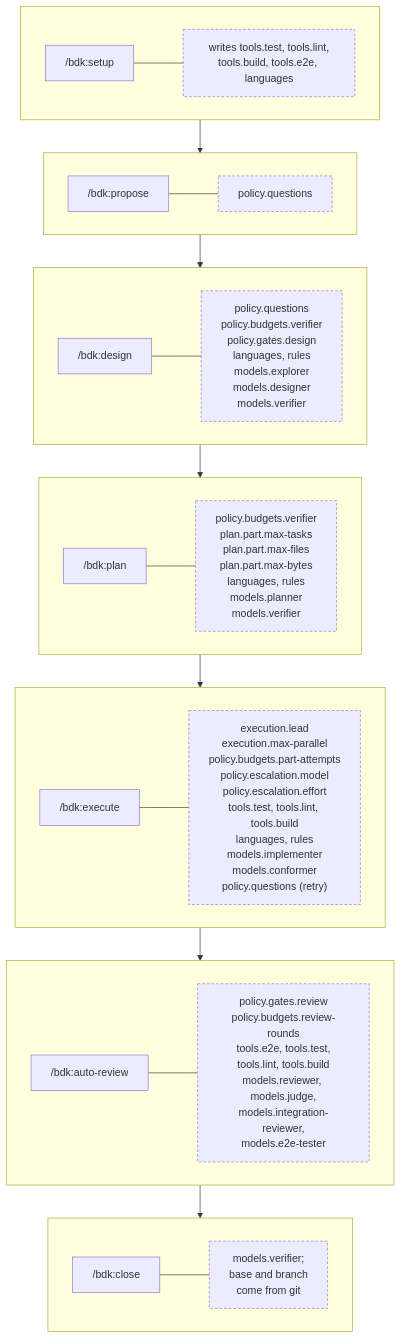
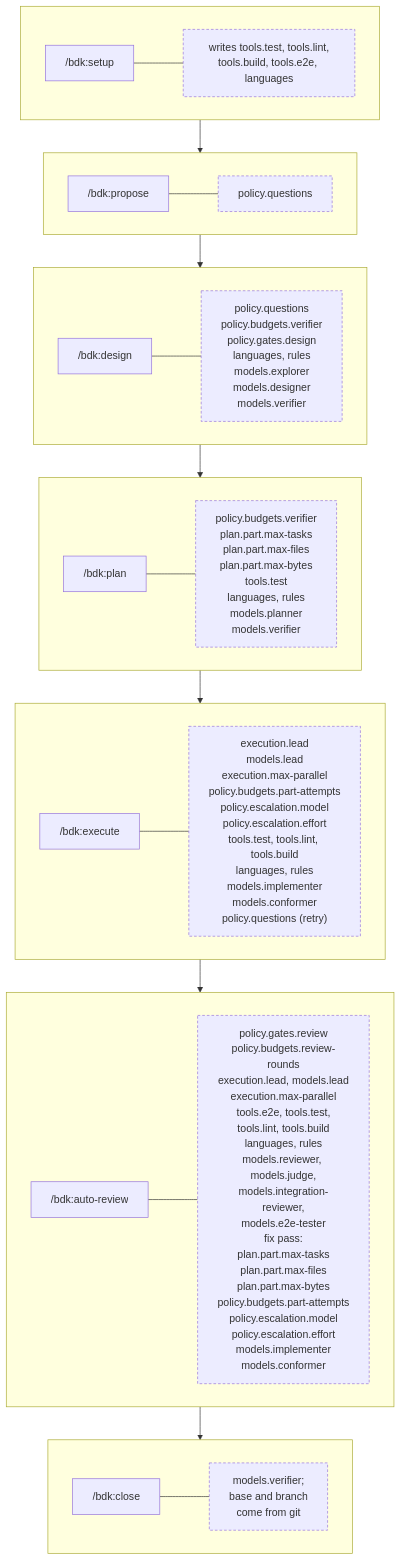
One commit to broneq/bdk changed the fourth of 6 diagrams in docs/concepts/cli-config-hooks.md. Above: the diagram before and after it, drawn with Mermaid. The commit also changed other lines of this file and 14 other files, not shown here.

First line of the commit message:
docs(concepts): bring the diagrams up to date with the skills

````diff
--- a/docs/concepts/cli-config-hooks.md
+++ b/docs/concepts/cli-config-hooks.md
@@ -90,39 +91,39 @@
 ```mermaid
 flowchart TB
   subgraph R0[" "]
     direction LR
     S0["/bdk:setup"] --- C0["writes tools.test, tools.lint,<br/>tools.build, tools.e2e, languages"]
   end
   subgraph R1[" "]
     direction LR
     S1["/bdk:propose"] --- C1["policy.questions"]
   end
   subgraph R2[" "]
     direction LR
     S2["/bdk:design"] --- C2["policy.questions<br/>policy.budgets.verifier<br/>policy.gates.design<br/>languages, rules<br/>models.explorer<br/>models.designer<br/>models.verifier"]
   end
   subgraph R3[" "]
     direction LR
-    S3["/bdk:plan"] --- C3["policy.budgets.verifier<br/>plan.part.max-tasks<br/>plan.part.max-files<br/>plan.part.max-bytes<br/>languages, rules<br/>models.planner<br/>models.verifier"]
+    S3["/bdk:plan"] --- C3["policy.budgets.verifier<br/>plan.part.max-tasks<br/>plan.part.max-files<br/>plan.part.max-bytes<br/>tools.test<br/>languages, rules<br/>models.planner<br/>models.verifier"]
   end
   subgraph R4[" "]
     direction LR
-    S4["/bdk:execute"] --- C4["execution.lead<br/>execution.max-parallel<br/>policy.budgets.part-attempts<br/>policy.escalation.model<br/>policy.escalation.effort<br/>tools.test, tools.lint, tools.build<br/>languages, rules<br/>models.implementer<br/>models.conformer<br/>policy.questions (retry)"]
+    S4["/bdk:execute"] --- C4["execution.lead<br/>models.lead<br/>execution.max-parallel<br/>policy.budgets.part-attempts<br/>policy.escalation.model<br/>policy.escalation.effort<br/>tools.test, tools.lint, tools.build<br/>languages, rules<br/>models.implementer<br/>models.conformer<br/>policy.questions (retry)"]
   end
   subgraph R5[" "]
     direction LR
-    S5["/bdk:auto-review"] --- C5["policy.gates.review<br/>policy.budgets.review-rounds<br/>tools.e2e, tools.test,<br/>tools.lint, tools.build<br/>models.reviewer, models.judge,<br/>models.integration-reviewer,<br/>models.e2e-tester"]
+    S5["/bdk:auto-review"] --- C5["policy.gates.review<br/>policy.budgets.review-rounds<br/>execution.lead, models.lead<br/>execution.max-parallel<br/>tools.e2e, tools.test,<br/>tools.lint, tools.build<br/>languages, rules<br/>models.reviewer, models.judge,<br/>models.integration-reviewer,<br/>models.e2e-tester<br/>fix pass:<br/>plan.part.max-tasks<br/>plan.part.max-files<br/>plan.part.max-bytes<br/>policy.budgets.part-attempts<br/>policy.escalation.model<br/>policy.escalation.effort<br/>models.implementer<br/>models.conformer"]
   end
   subgraph R6[" "]
     direction LR
     S6["/bdk:close"] --- C6["models.verifier;<br/>base and branch<br/>come from git"]
   end
   R0 --> R1
   R1 --> R2
   R2 --> R3
   R3 --> R4
   R4 --> R5
   R5 --> R6
   classDef aside stroke-dasharray:4 3
   class C0,C1,C2,C3,C4,C5,C6 aside
 ```
````
